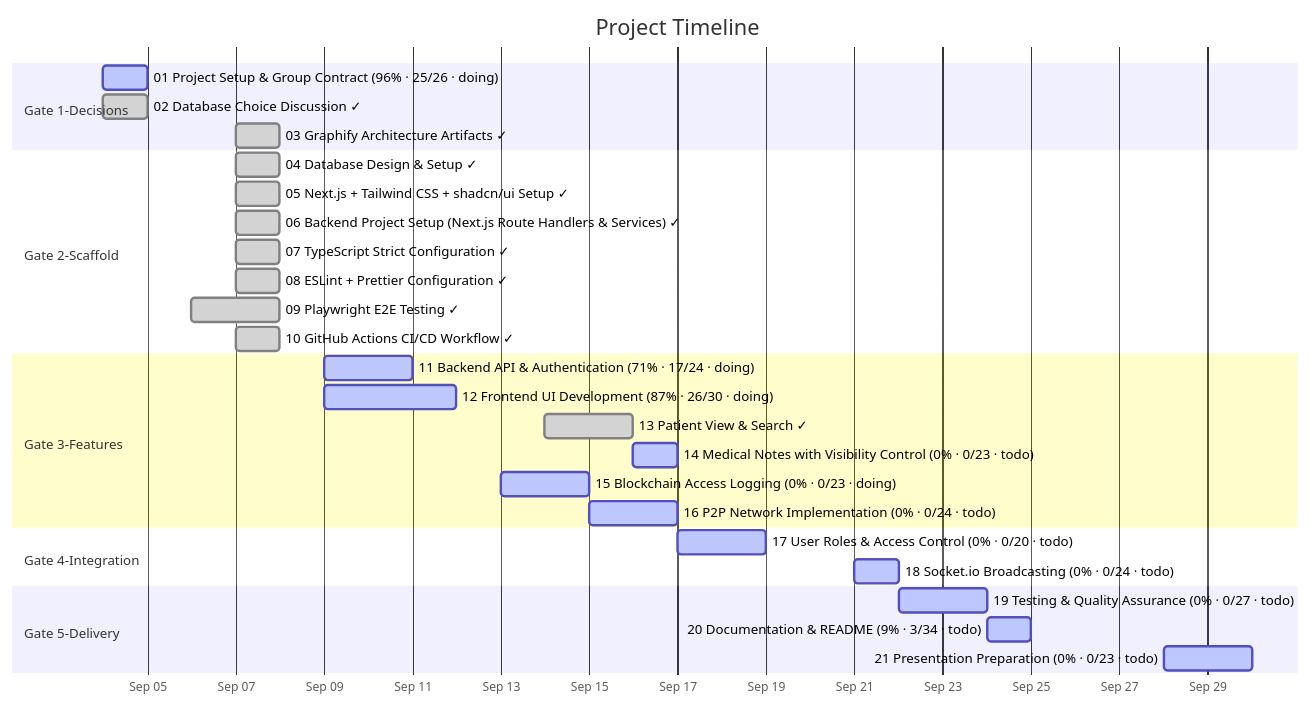
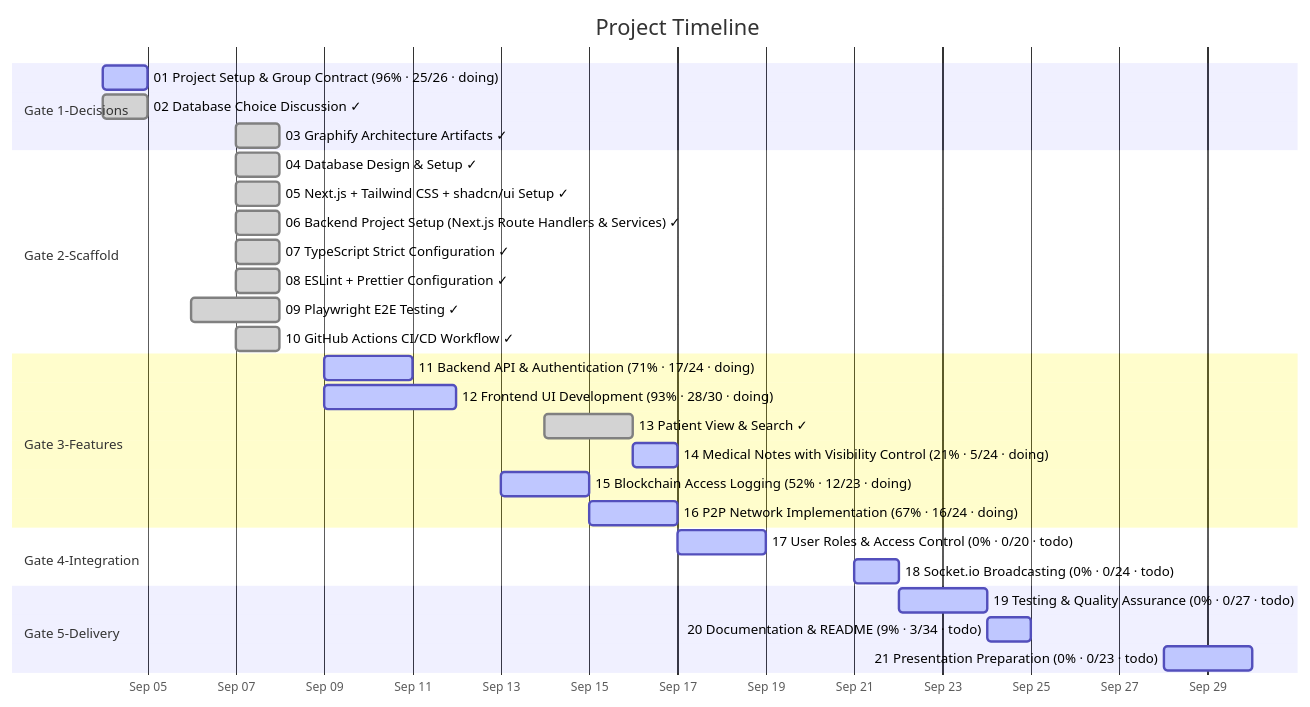
One commit to matdevstamp/inl-3-awesome-journal changed the diagram in docs/diagrams/task-gantt.md. Above: the diagram before and after it, drawn with Mermaid. The commit also changed 5 other files, not shown here.

First line of the commit message:
docs: audit task checkboxes against main and open PRs #32/#33; regenerate diagrams

````diff
--- a/docs/diagrams/task-gantt.md
+++ b/docs/diagrams/task-gantt.md
@@ -25,33 +25,33 @@
 ```mermaid
 gantt
     title Project Timeline
     dateFormat  YYYY-MM-DD
     axisFormat  %b %d
 
     section Gate 1-Decisions
     01 Project Setup & Group Contract (96% · 25/26 · doing) : active, 2026-09-04, 1d
     02 Database Choice Discussion ✓ : done, 2026-09-04, 1d
     03 Graphify Architecture Artifacts ✓ : done, 2026-09-07, 1d
     section Gate 2-Scaffold
     04 Database Design & Setup ✓ : done, 2026-09-07, 1d
     05 Next.js + Tailwind CSS + shadcn/ui Setup ✓ : done, 2026-09-07, 1d
     06 Backend Project Setup (Next.js Route Handlers & Services) ✓ : done, 2026-09-07, 1d
     07 TypeScript Strict Configuration ✓ : done, 2026-09-07, 1d
     08 ESLint + Prettier Configuration ✓ : done, 2026-09-07, 1d
     09 Playwright E2E Testing ✓ : done, 2026-09-06, 2d
     10 GitHub Actions CI/CD Workflow ✓ : done, 2026-09-07, 1d
     section Gate 3-Features
     11 Backend API & Authentication (71% · 17/24 · doing) : active, 2026-09-09, 2d
-    12 Frontend UI Development (87% · 26/30 · doing) : active, 2026-09-09, 3d
+    12 Frontend UI Development (93% · 28/30 · doing) : active, 2026-09-09, 3d
     13 Patient View & Search ✓ : done, 2026-09-14, 2d
-    14 Medical Notes with Visibility Control (0% · 0/23 · todo) : active, 2026-09-16, 1d
-    15 Blockchain Access Logging (0% · 0/23 · doing) : active, 2026-09-13, 2d
-    16 P2P Network Implementation (0% · 0/24 · todo) : active, 2026-09-15, 2d
+    14 Medical Notes with Visibility Control (21% · 5/24 · doing) : active, 2026-09-16, 1d
+    15 Blockchain Access Logging (52% · 12/23 · doing) : active, 2026-09-13, 2d
+    16 P2P Network Implementation (67% · 16/24 · doing) : active, 2026-09-15, 2d
     section Gate 4-Integration
     17 User Roles & Access Control (0% · 0/20 · todo) : active, 2026-09-17, 2d
     18 Socket.io Broadcasting (0% · 0/24 · todo) : active, 2026-09-21, 1d
     section Gate 5-Delivery
     19 Testing & Quality Assurance (0% · 0/27 · todo) : active, 2026-09-22, 2d
     20 Documentation & README (9% · 3/34 · todo) : active, 2026-09-24, 1d
     21 Presentation Preparation (0% · 0/23 · todo) : active, 2026-09-28, 2d
 ```
````
